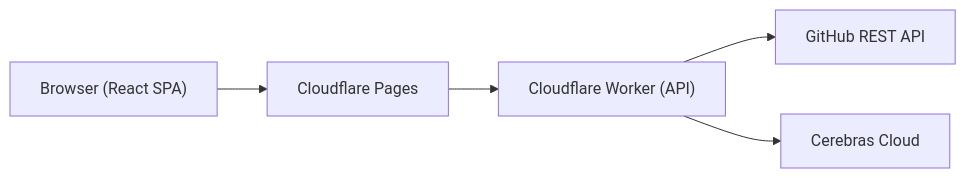
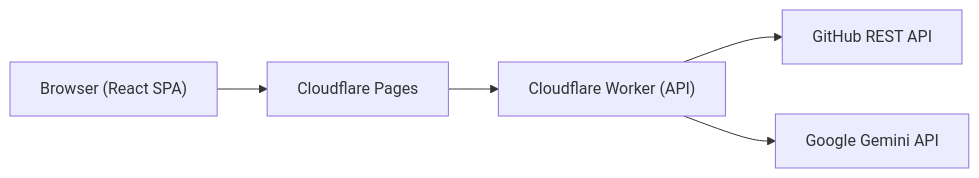
Before and after one commit to simon-escano/gitlore: the diagram in README.md, drawn with Mermaid. The commit also changed other lines of this file and 11 other files, not shown here.

Commit message:
feat: implement Hono backend API with Gemini inference and frontend footer component

````diff
--- a/README.md
+++ b/README.md
@@ -18,7 +18,7 @@
 ```mermaid
 graph LR
     A["Browser (React SPA)"] --> B["Cloudflare Pages"]
     B --> C["Cloudflare Worker (API)"]
     C --> D["GitHub REST API"]
-    C --> E["Cerebras Cloud"]
+    C --> E["Google Gemini API"]
 ```
````
